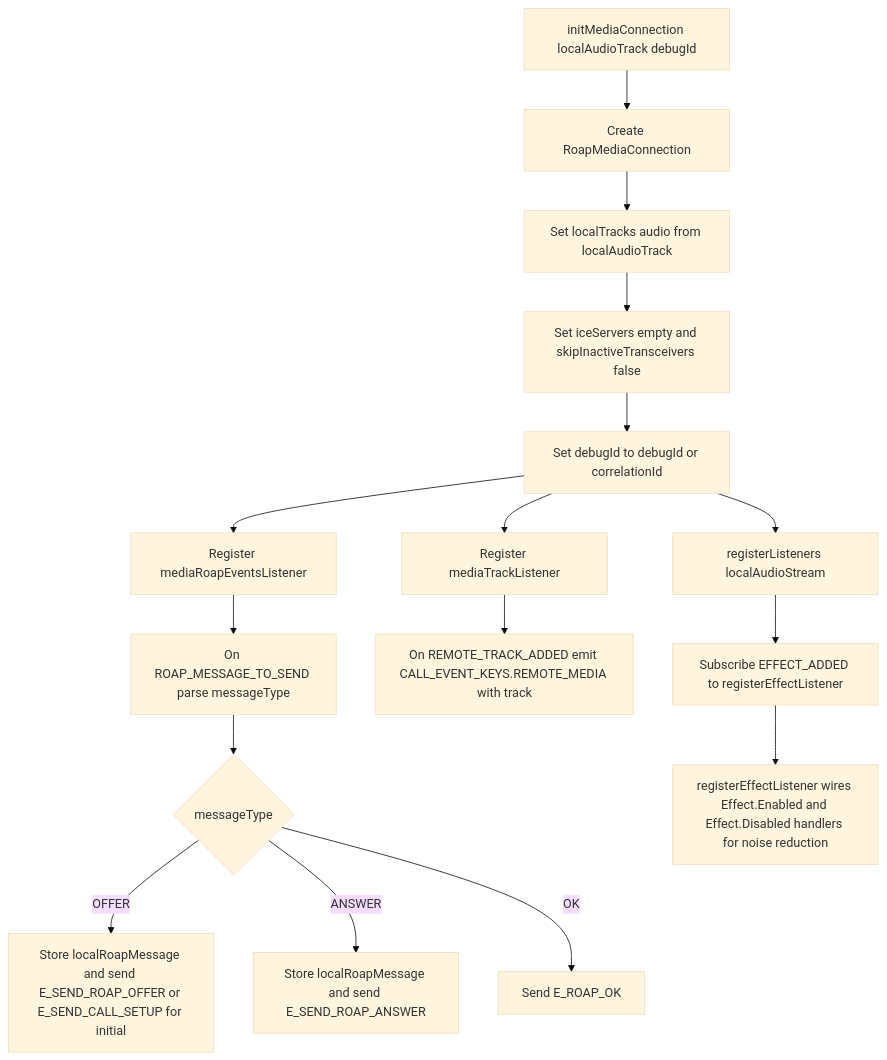
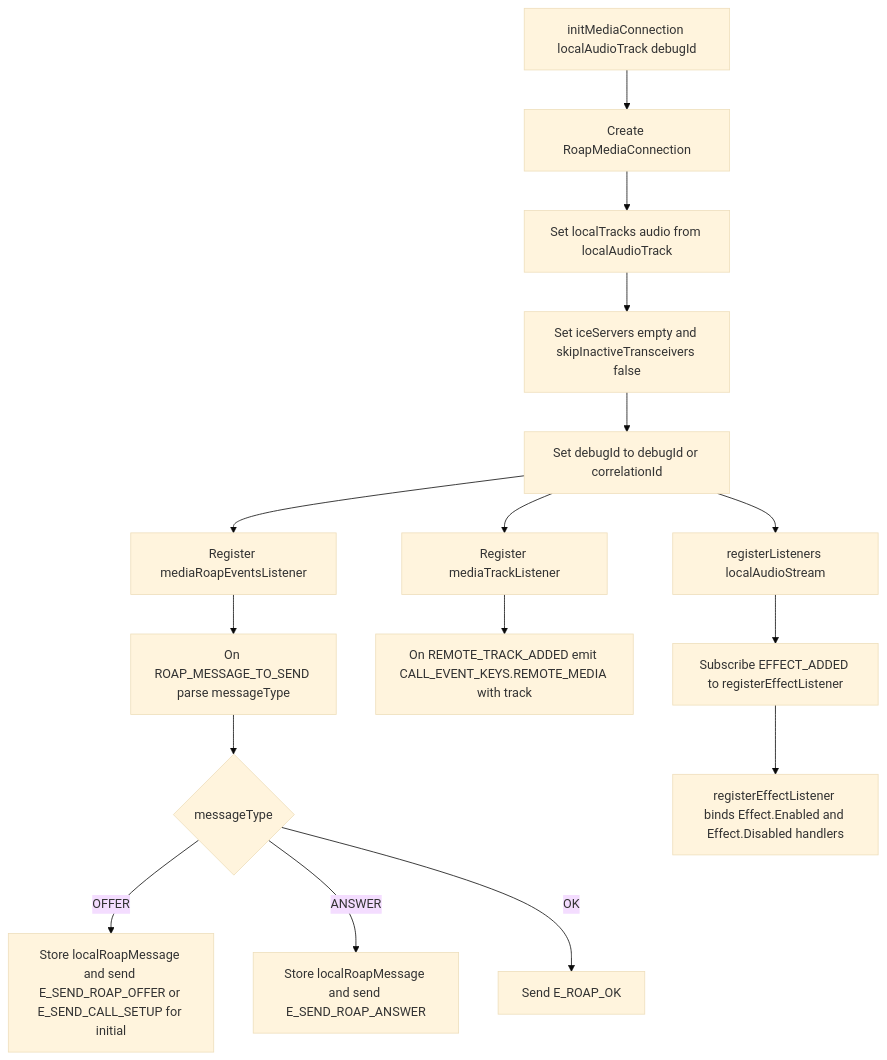
One commit to webex/webex-js-sdk changed diagram 11 of 16 in packages/calling/src/CallingClient/calling/ai-docs/ARCHITECTURE.md. Above: the diagram before and after it, drawn with Mermaid (base theme). The commit also changed other lines of this file and 1 other file, not shown here.

````diff
--- a/packages/calling/src/CallingClient/calling/ai-docs/ARCHITECTURE.md
+++ b/packages/calling/src/CallingClient/calling/ai-docs/ARCHITECTURE.md
@@ -580,21 +582,21 @@
 ```mermaid
 flowchart TD
     A[initMediaConnection localAudioTrack debugId] --> B[Create RoapMediaConnection]
     B --> C[Set localTracks audio from localAudioTrack]
     C --> D[Set iceServers empty and skipInactiveTransceivers false]
     D --> E[Set debugId to debugId or correlationId]
 
     E --> F[Register mediaRoapEventsListener]
     F --> G[On ROAP_MESSAGE_TO_SEND parse messageType]
     G --> H{messageType}
     H -->|OFFER| H1[Store localRoapMessage and send E_SEND_ROAP_OFFER or E_SEND_CALL_SETUP for initial]
     H -->|ANSWER| H2[Store localRoapMessage and send E_SEND_ROAP_ANSWER]
     H -->|OK| H3[Send E_ROAP_OK]
 
     E --> I[Register mediaTrackListener]
     I --> J[On REMOTE_TRACK_ADDED emit CALL_EVENT_KEYS.REMOTE_MEDIA with track]
 
     E --> K[registerListeners localAudioStream]
     K --> L[Subscribe EFFECT_ADDED to registerEffectListener]
-    L --> M[registerEffectListener wires Effect.Enabled and Effect.Disabled handlers for noise reduction]
+    L --> M[registerEffectListener binds Effect.Enabled and Effect.Disabled handlers]
 ```
````
